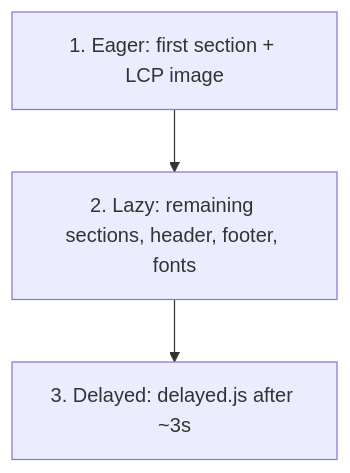
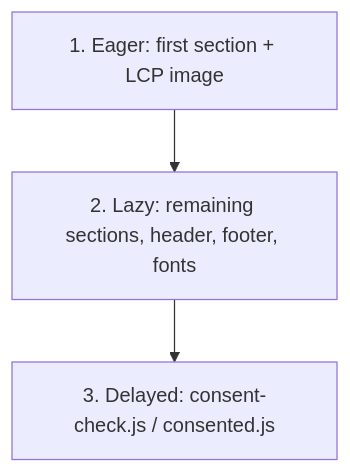
The diagram in docs/aem/edge-delivery/performance.mdx (LucaNerlich/lucanerlich.com), drawn with Mermaid before and after one commit. The commit also changed other lines of this file, not shown here.

Commit message:
fix: update delayed phase to consent-check.js, drop fetchpriority, and clarify phase wiring and PSI check (#836) (#938)

````diff
--- a/docs/aem/edge-delivery/performance.mdx
+++ b/docs/aem/edge-delivery/performance.mdx
@@ -15,9 +15,9 @@
 ```mermaid
 graph TD
     LCP["1. Eager: first section + LCP image"]
     Lazy["2. Lazy: remaining sections, header, footer, fonts"]
-    Delayed["3. Delayed: delayed.js after ~3s"]
+    Delayed["3. Delayed: consent-check.js / consented.js"]
 
     LCP --> Lazy
     Lazy --> Delayed
 ```
````
